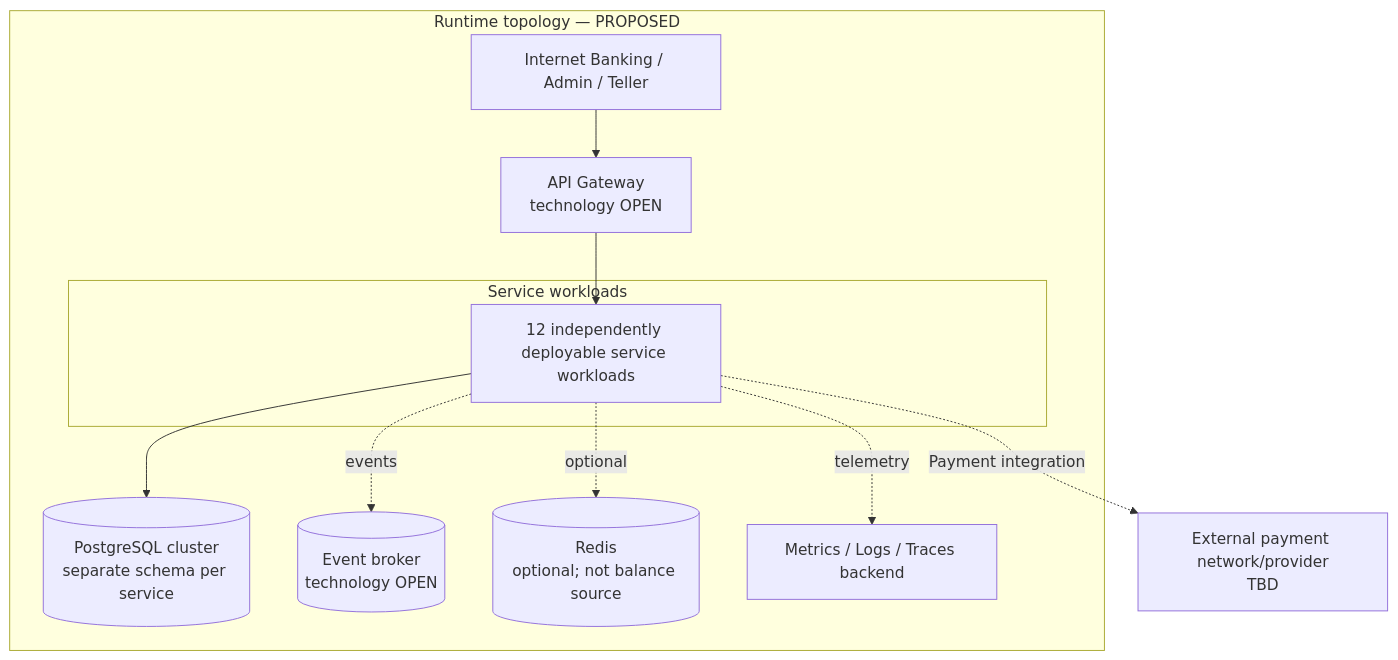
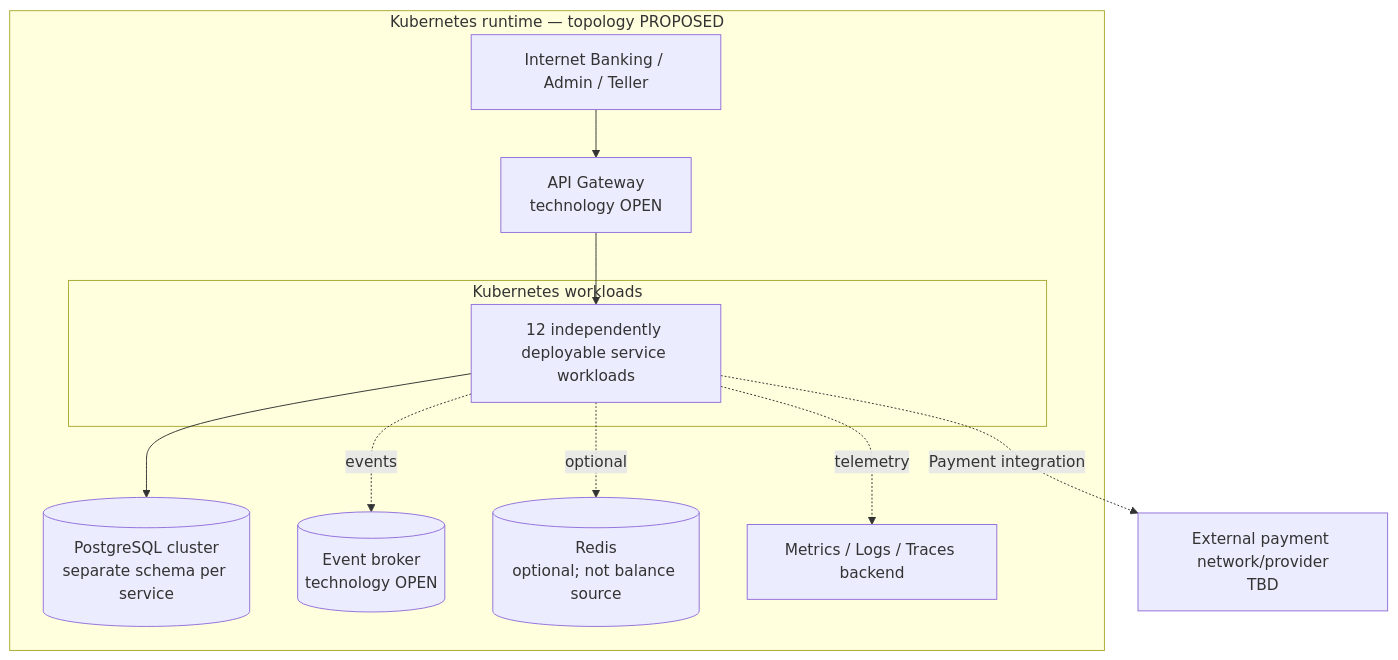
One commit to phu-boop/Core-Banking-System changed the third of 3 diagrams in docs/architecture/BANKING_ARCHITECTURE.md. Above: the diagram before and after it, drawn with Mermaid. The commit also changed other lines of this file and 8 other files, not shown here.

First line of the commit message:
Refactor project documentation and architecture decisions

````diff
--- a/docs/architecture/BANKING_ARCHITECTURE.md
+++ b/docs/architecture/BANKING_ARCHITECTURE.md
@@ -118,21 +119,21 @@
 ```mermaid
 flowchart TB
-  subgraph Runtime["Runtime topology — PROPOSED"]
+  subgraph Runtime["Kubernetes runtime — topology PROPOSED"]
     CLIENTS[Internet Banking / Admin / Teller]
     GATEWAY[API Gateway<br/>technology OPEN]
-    subgraph Workloads["Service workloads"]
+    subgraph Workloads["Kubernetes workloads"]
       SVC[12 independently deployable service workloads]
     end
     DB[(PostgreSQL cluster<br/>separate schema per service)]
     BROKER[(Event broker<br/>technology OPEN)]
     REDIS[(Redis<br/>optional; not balance source)]
     TELEMETRY[Metrics / Logs / Traces backend]
     CLIENTS --> GATEWAY --> SVC
     SVC --> DB
     SVC -. events .-> BROKER
     SVC -. optional .-> REDIS
     SVC -. telemetry .-> TELEMETRY
   end
   EXT[External payment network/provider<br/>TBD]
   SVC -. Payment integration .-> EXT
 ```
````
